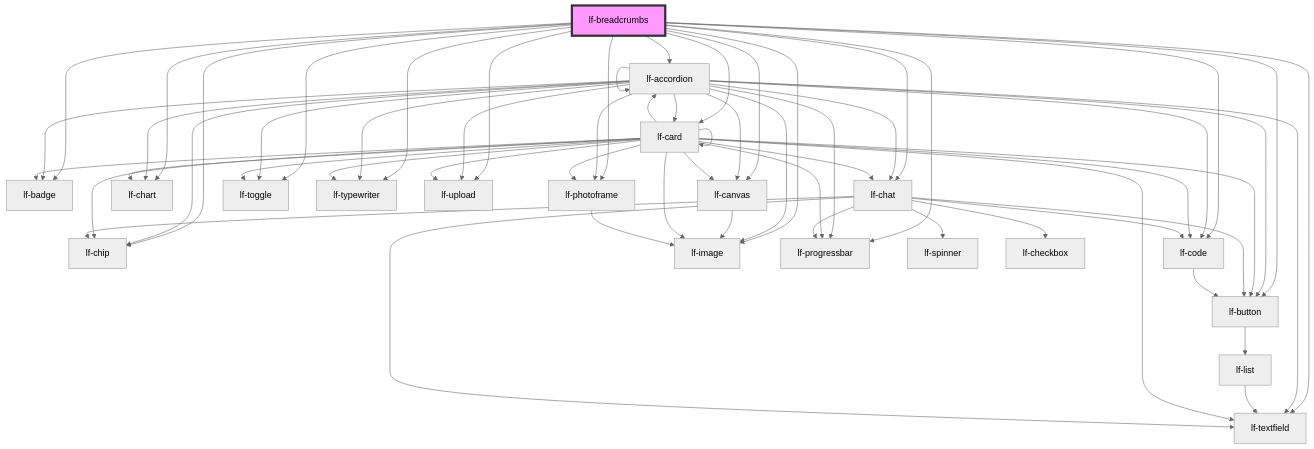
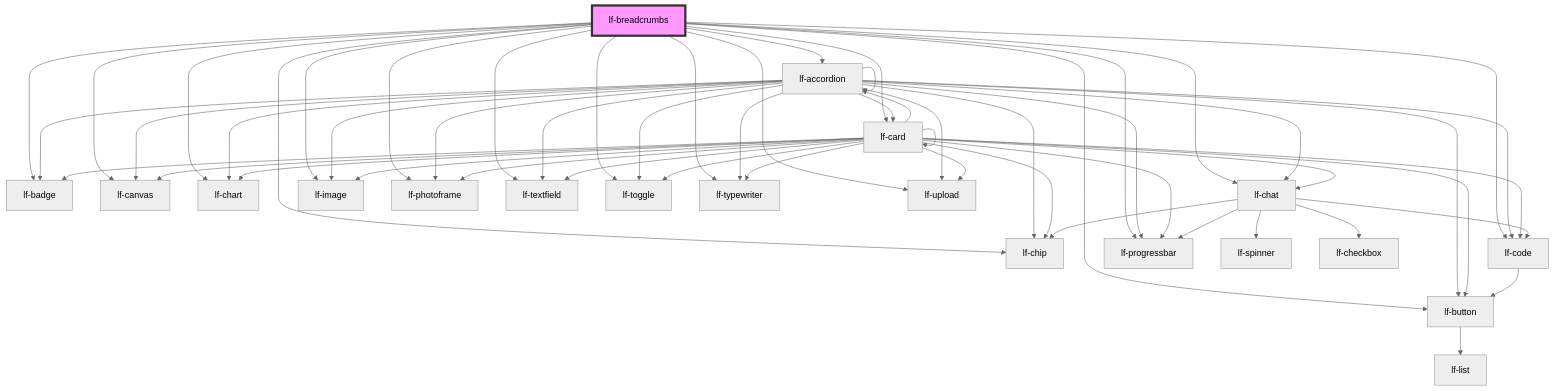
The diagram in packages/core/src/components/lf-breadcrumbs/readme.md (lucafoscili/lf-widgets), drawn with Mermaid (neutral theme) before and after one commit. The commit also changed 96 other files, not shown here.

First line of the commit message:
chore: Refactor core components to use FC-based Button and Textfield

````diff
--- a/packages/core/src/components/lf-breadcrumbs/readme.md
+++ b/packages/core/src/components/lf-breadcrumbs/readme.md
@@ -164,64 +164,59 @@
 ```mermaid
 graph TD;
   lf-breadcrumbs --> lf-accordion
   lf-breadcrumbs --> lf-badge
   lf-breadcrumbs --> lf-button
   lf-breadcrumbs --> lf-canvas
   lf-breadcrumbs --> lf-card
   lf-breadcrumbs --> lf-chart
   lf-breadcrumbs --> lf-chat
   lf-breadcrumbs --> lf-chip
   lf-breadcrumbs --> lf-code
   lf-breadcrumbs --> lf-image
   lf-breadcrumbs --> lf-photoframe
   lf-breadcrumbs --> lf-progressbar
   lf-breadcrumbs --> lf-textfield
   lf-breadcrumbs --> lf-toggle
   lf-breadcrumbs --> lf-typewriter
   lf-breadcrumbs --> lf-upload
   lf-accordion --> lf-accordion
   lf-accordion --> lf-badge
   lf-accordion --> lf-button
   lf-accordion --> lf-canvas
   lf-accordion --> lf-card
   lf-accordion --> lf-chart
   lf-accordion --> lf-chat
   lf-accordion --> lf-chip
   lf-accordion --> lf-code
   lf-accordion --> lf-image
   lf-accordion --> lf-photoframe
   lf-accordion --> lf-progressbar
   lf-accordion --> lf-textfield
   lf-accordion --> lf-toggle
   lf-accordion --> lf-typewriter
   lf-accordion --> lf-upload
   lf-button --> lf-list
-  lf-list --> lf-textfield
-  lf-canvas --> lf-image
   lf-card --> lf-accordion
   lf-card --> lf-badge
   lf-card --> lf-button
   lf-card --> lf-canvas
   lf-card --> lf-card
   lf-card --> lf-chart
   lf-card --> lf-chat
   lf-card --> lf-chip
   lf-card --> lf-code
   lf-card --> lf-image
   lf-card --> lf-photoframe
   lf-card --> lf-progressbar
   lf-card --> lf-textfield
   lf-card --> lf-toggle
   lf-card --> lf-typewriter
   lf-card --> lf-upload
   lf-chat --> lf-chip
-  lf-chat --> lf-button
-  lf-chat --> lf-textfield
   lf-chat --> lf-spinner
   lf-chat --> lf-code
   lf-chat --> lf-progressbar
   lf-chat --> lf-checkbox
   lf-code --> lf-button
-  lf-photoframe --> lf-image
   style lf-breadcrumbs fill:#f9f,stroke:#333,stroke-width:4px
 ```
````
